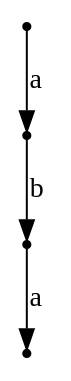
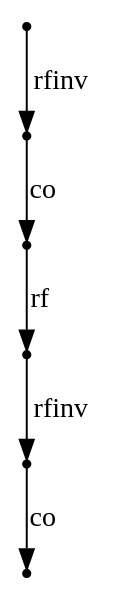
The diagram in output/counterexample.dot (jangreen/rat), drawn with Graphviz before and after one commit. The commit also changed 8 other files, not shown here.

```diff
--- a/output/counterexample.dot
+++ b/output/counterexample.dot
@@ -1,5 +1,7 @@
 digraph { node[shape="point"]
-N3 -> N11[label = "b"];
-N11 -> N1[label = "a"];
-N0 -> N3[label = "a"];
+N36 -> N1[label = "co"];
+N22 -> N36[label = "rfinv"];
+N16 -> N22[label = "rf"];
+N14 -> N16[label = "co"];
+N0 -> N14[label = "rfinv"];
 }
```
